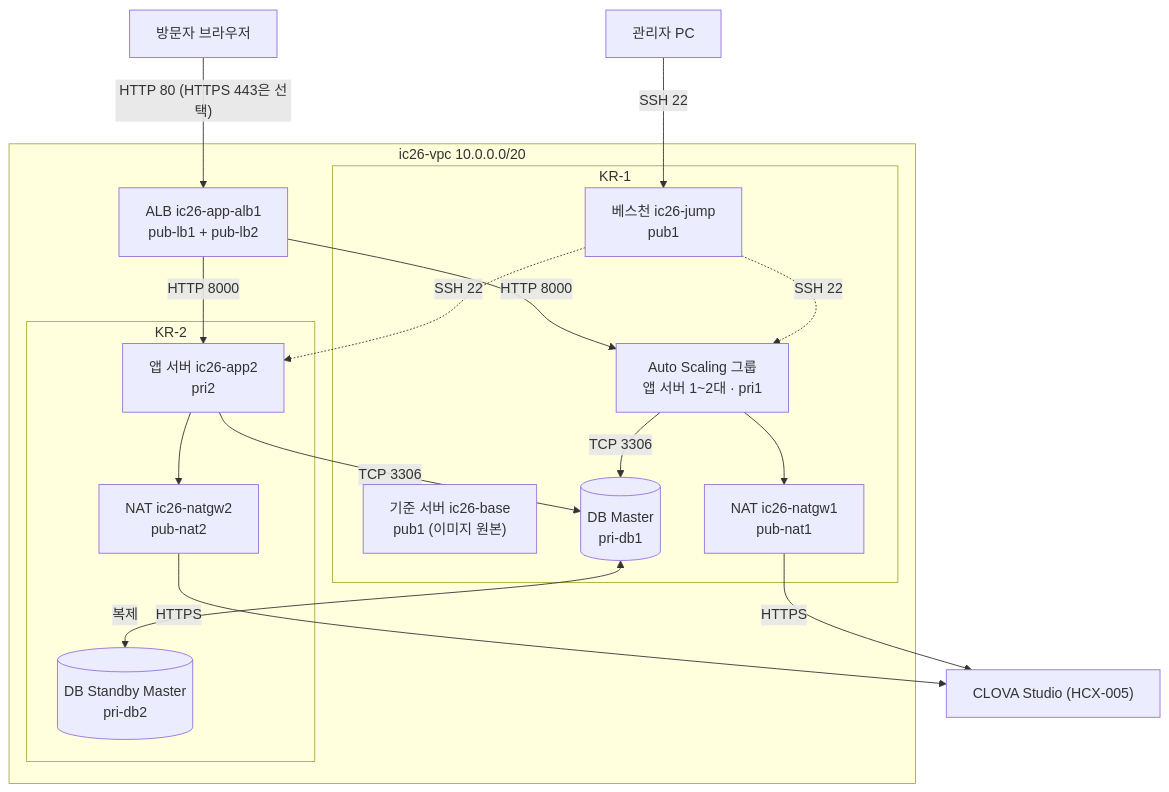
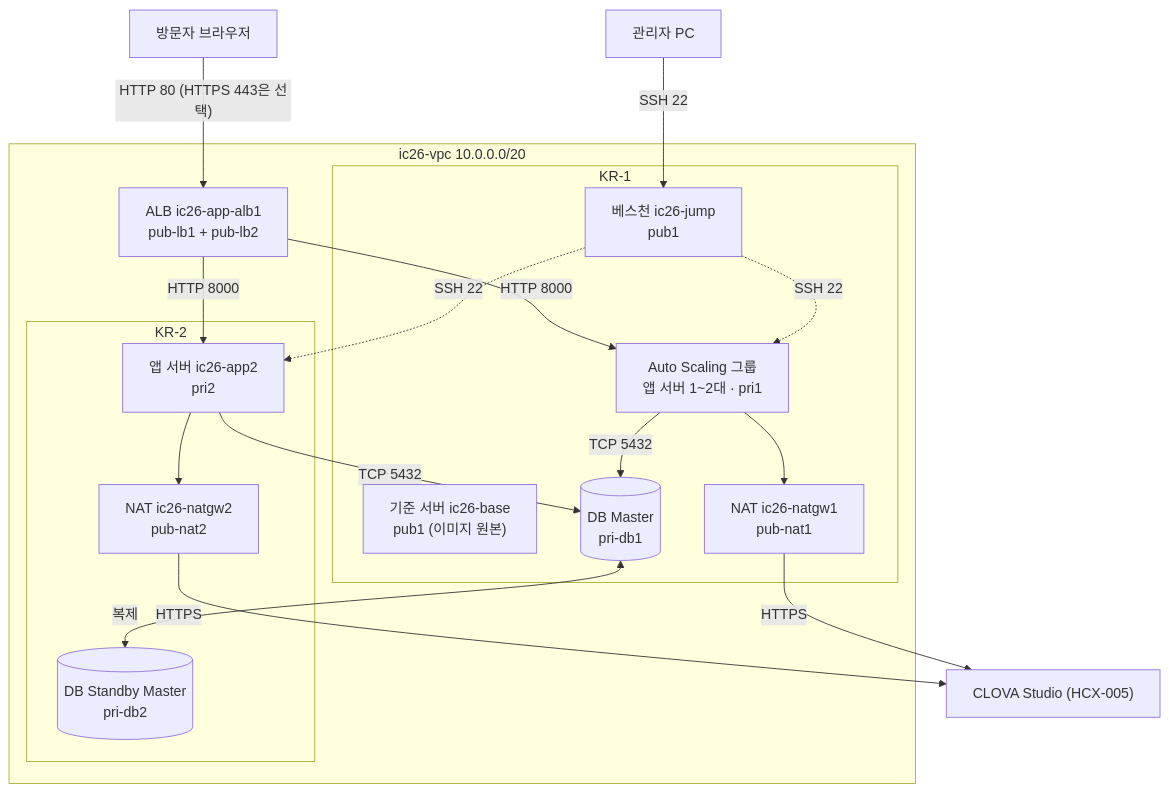
One commit to teletubby-aiic-2026/local-business-ai-assistant changed the diagram in docs/infra/architecture.md. Above: the diagram before and after it, drawn with Mermaid. The commit also changed other lines of this file, not shown here.

````diff
--- a/docs/infra/architecture.md
+++ b/docs/infra/architecture.md
@@ -10,36 +10,36 @@
 ```mermaid
 flowchart TB
   user["방문자 브라우저"] -->|"HTTP 80 (HTTPS 443은 선택)"| alb
   admin["관리자 PC"] -->|"SSH 22"| jump
 
   subgraph vpc["ic26-vpc 10.0.0.0/20"]
     alb["ALB ic26-app-alb1<br/>pub-lb1 + pub-lb2"]
 
     subgraph kr1["KR-1"]
       jump["베스천 ic26-jump<br/>pub1"]
       base["기준 서버 ic26-base<br/>pub1 (이미지 원본)"]
       nat1["NAT ic26-natgw1<br/>pub-nat1"]
       asg["Auto Scaling 그룹<br/>앱 서버 1~2대 · pri1"]
       dbm[("DB Master<br/>pri-db1")]
     end
 
     subgraph kr2["KR-2"]
       nat2["NAT ic26-natgw2<br/>pub-nat2"]
       app2["앱 서버 ic26-app2<br/>pri2"]
       dbs[("DB Standby Master<br/>pri-db2")]
     end
 
     alb -->|"HTTP 8000"| asg
     alb -->|"HTTP 8000"| app2
     jump -.->|"SSH 22"| asg
     jump -.->|"SSH 22"| app2
-    asg -->|"TCP 3306"| dbm
-    app2 -->|"TCP 3306"| dbm
+    asg -->|"TCP 5432"| dbm
+    app2 -->|"TCP 5432"| dbm
     dbm <-->|"복제"| dbs
     asg --> nat1
     app2 --> nat2
   end
 
   nat1 -->|"HTTPS"| hcx["CLOVA Studio (HCX-005)"]
   nat2 -->|"HTTPS"| hcx
 ```
````
